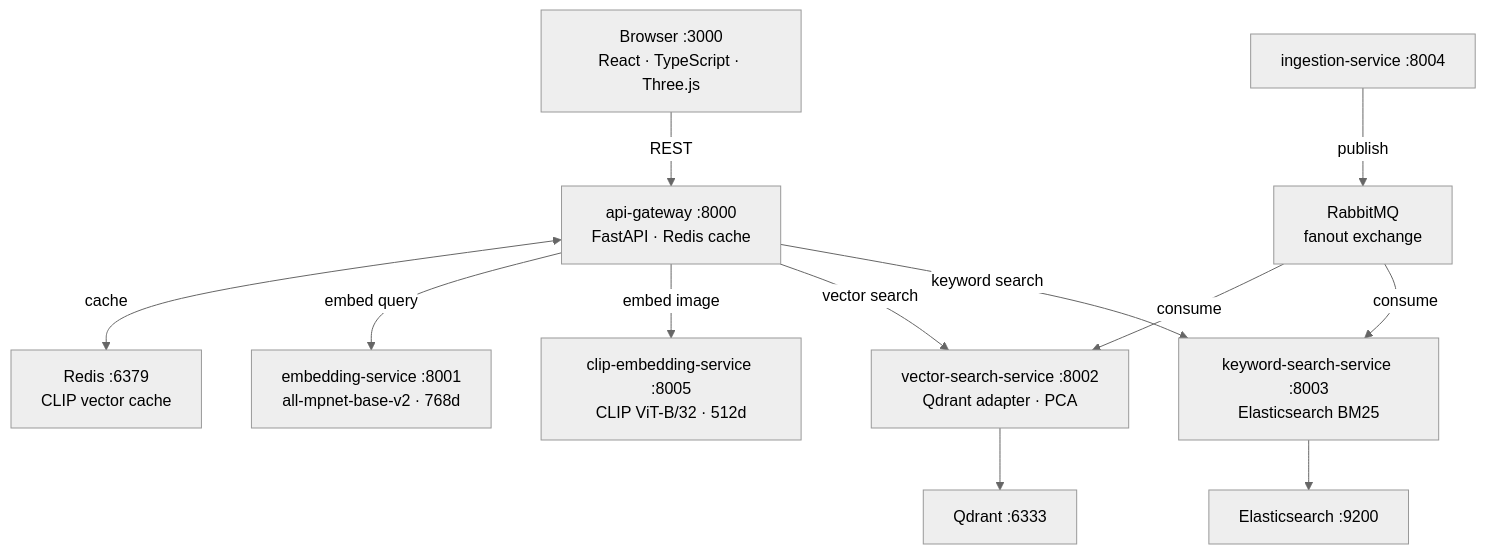
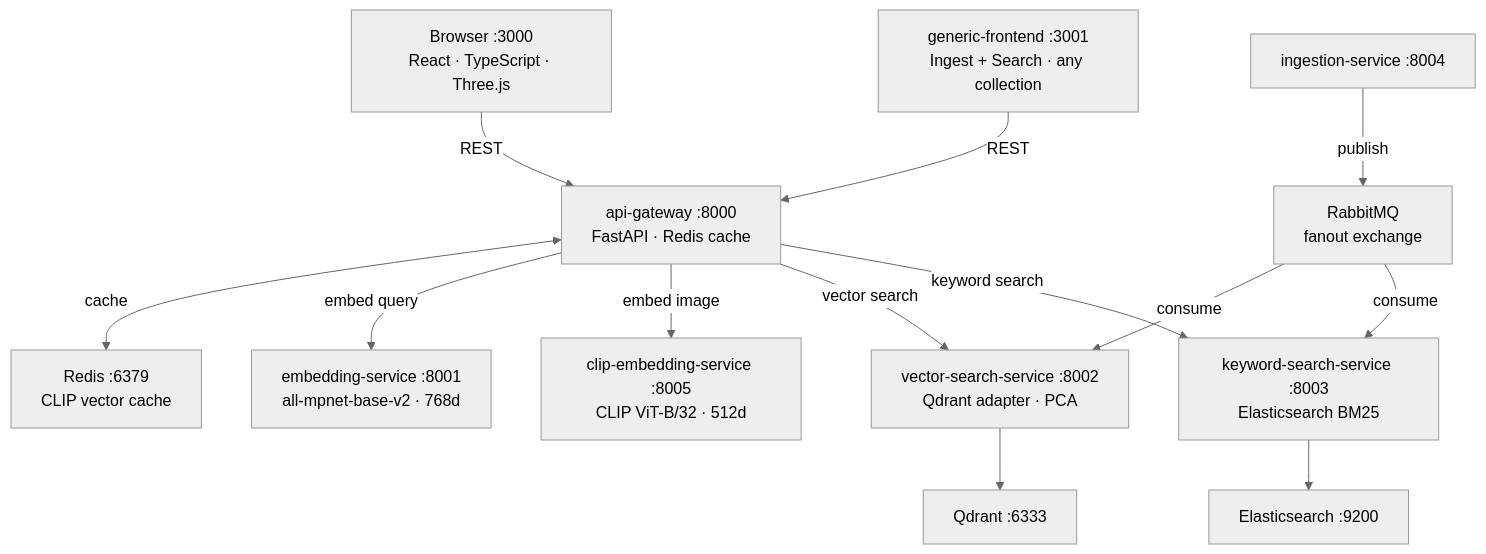
Before and after one commit to orhangezginci/searchstack: the diagram in README.md, drawn with Mermaid (neutral theme). The commit also changed other lines of this file and 1 other file, not shown here.

Commit message:
Update README and tutorial to document generic-frontend (port 3001)

````diff
--- a/README.md
+++ b/README.md
@@ -197,26 +198,28 @@
 ```mermaid
 flowchart TD
     Browser["Browser :3000\nReact · TypeScript · Three.js"]
+    GenericUI["generic-frontend :3001\nIngest + Search · any collection"]
     Gateway["api-gateway :8000\nFastAPI · Redis cache"]
     Redis["Redis :6379\nCLIP vector cache"]
     Embed["embedding-service :8001\nall-mpnet-base-v2 · 768d"]
     Vector["vector-search-service :8002\nQdrant adapter · PCA"]
     Keyword["keyword-search-service :8003\nElasticsearch BM25"]
     Ingest["ingestion-service :8004"]
     CLIP["clip-embedding-service :8005\nCLIP ViT-B/32 · 512d"]
     MQ["RabbitMQ\nfanout exchange"]
     Qdrant["Qdrant :6333"]
     ES["Elasticsearch :9200"]
 
     Browser -->|REST| Gateway
+    GenericUI -->|REST| Gateway
     Gateway <-->|cache| Redis
     Gateway -->|embed query| Embed
     Gateway -->|embed image| CLIP
     Gateway -->|vector search| Vector
     Gateway -->|keyword search| Keyword
     Ingest -->|publish| MQ
     MQ -->|consume| Vector
     MQ -->|consume| Keyword
     Vector --> Qdrant
     Keyword --> ES
 ```
````
